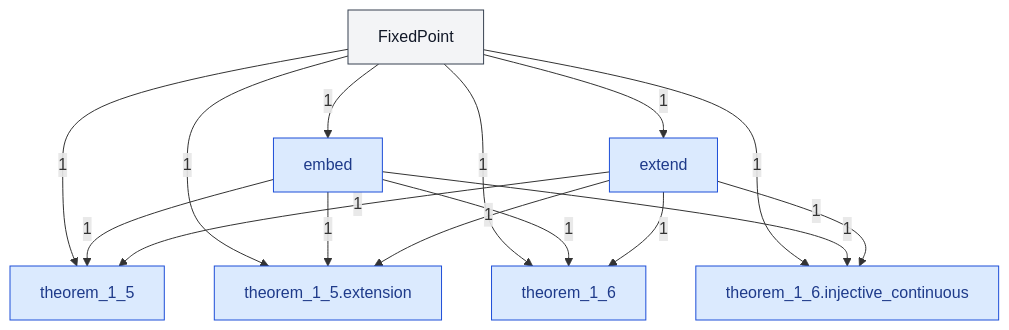
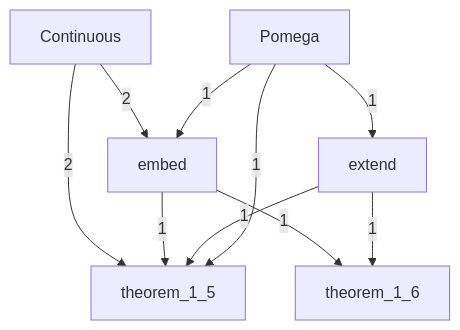
Before and after one commit to catskillsresearch/DomainTheory: the diagram in DomainTheory/DataTypesAsLattices/Embedding/Embedding.mermaid, drawn with Mermaid. The commit also changed 448 other files, not shown here.

First line of the commit message:
Improve arxiv flatten/PDF pipeline and refresh dependency diagrams.

```diff
--- a/DomainTheory/DataTypesAsLattices/Embedding/Embedding.mermaid
+++ b/DomainTheory/DataTypesAsLattices/Embedding/Embedding.mermaid
@@ -1,37 +1,24 @@
 %% Inside Embedding. A box is one Lean file in this folder, or one subfolder.
 %% A box named as another folder is that whole folder. A box named as another chapter is that whole chapter.
 %% The arrowhead points at the file or folder that imports. The label is how many direct imports.
 flowchart TB
-  N0["FixedPoint"]
+
+  Continuous["Continuous"]
   N1["embed"]
   N2["extend"]
+  Pomega["Pomega"]
   N3["theorem_1_5"]
-  N4["theorem_1_5.extension"]
   N5["theorem_1_6"]
-  N6["theorem_1_6.injective_continuous"]
 
-  N0 -->|"1"| N1
-  N0 -->|"1"| N2
-  N0 -->|"1"| N3
+  Continuous -->|"2"| N1
+  Pomega -->|"1"| N1
+  Pomega -->|"1"| N2
+  Continuous -->|"2"| N3
   N1 -->|"1"| N3
   N2 -->|"1"| N3
-  N0 -->|"1"| N4
-  N1 -->|"1"| N4
-  N2 -->|"1"| N4
-  N0 -->|"1"| N5
+  Pomega -->|"1"| N3
   N1 -->|"1"| N5
   N2 -->|"1"| N5
-  N0 -->|"1"| N6
-  N1 -->|"1"| N6
-  N2 -->|"1"| N6
 
   classDef file fill:#dbeafe,stroke:#1d4ed8,color:#1e3a8a
   classDef ext fill:#f3f4f6,stroke:#374151,color:#111827
-
-  class N0 ext
-  class N1 file
-  class N2 file
-  class N3 file
-  class N4 file
-  class N5 file
-  class N6 file
```
